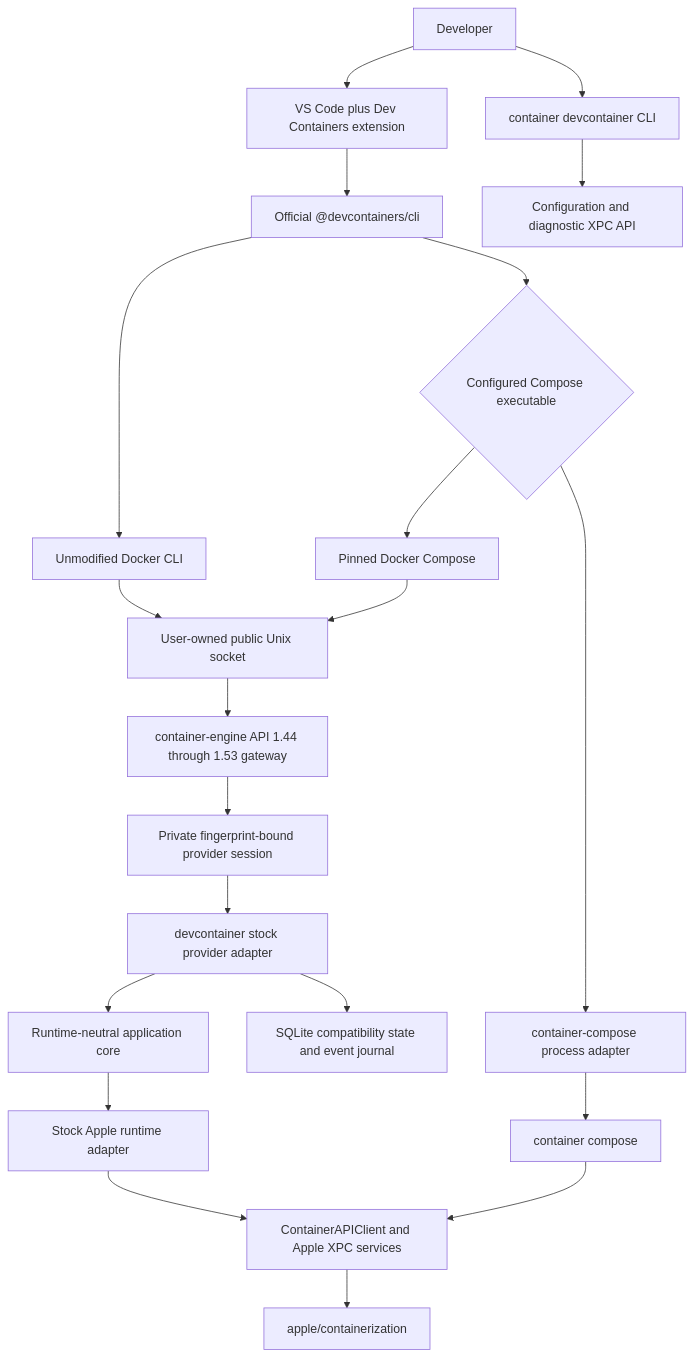
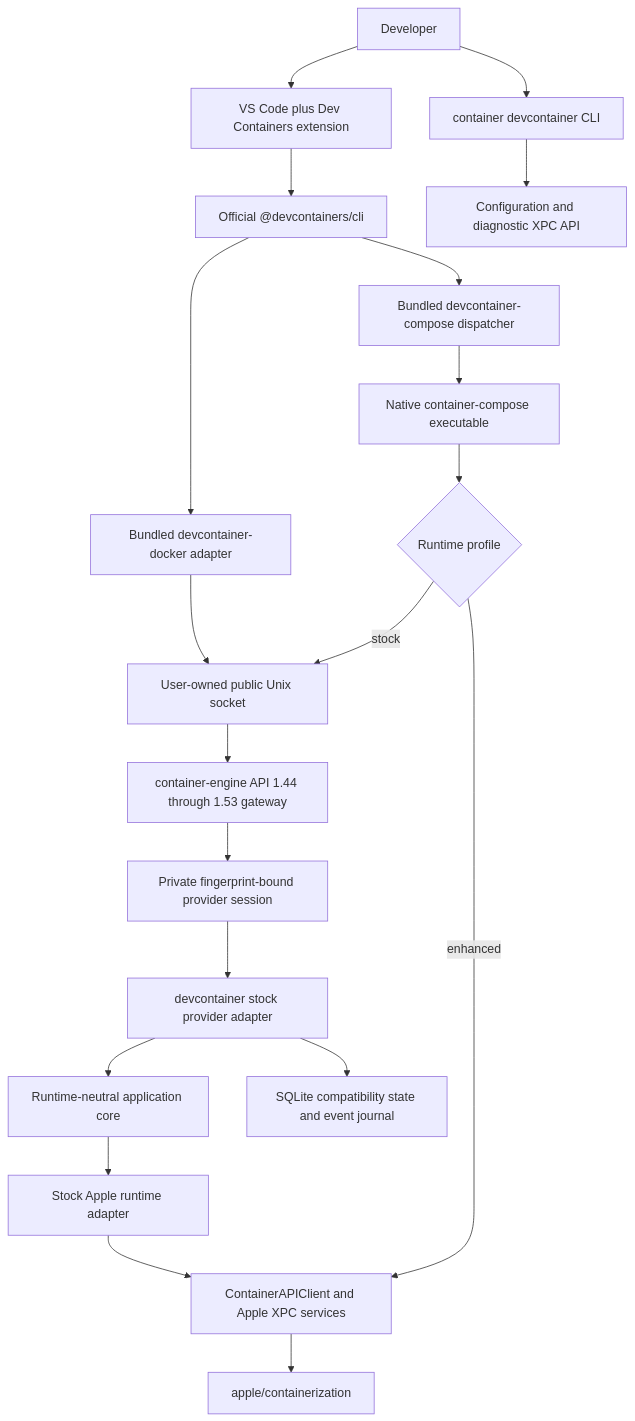
One commit to stephenlclarke/devcontainer changed the first of 6 diagrams in DESIGN.md. Above: the diagram before and after it, drawn with Mermaid. The commit also changed other lines of this file and 43 other files, not shown here.

Commit message:
feat(runtime): eliminate Docker product dependencies

````diff
--- a/DESIGN.md
+++ b/DESIGN.md
@@ -73,23 +74,22 @@
 ```mermaid
 flowchart TB
     Developer["Developer"] --> VSCode["VS Code plus Dev Containers extension"]
     Developer --> NativeCLI["container devcontainer CLI"]
     VSCode --> ReferenceCLI["Official @devcontainers/cli"]
     NativeCLI --> Control["Configuration and diagnostic XPC API"]
-    ReferenceCLI --> DockerCLI["Unmodified Docker CLI"]
-    ReferenceCLI --> ComposeSelector{"Configured Compose executable"}
-    DockerCLI --> Socket["User-owned public Unix socket"]
+    ReferenceCLI --> DockerAdapter["Bundled devcontainer-docker adapter"]
+    ReferenceCLI --> ComposeAdapter["Bundled devcontainer-compose dispatcher"]
+    DockerAdapter --> Socket["User-owned public Unix socket"]
     Socket --> Shared["container-engine API 1.44 through 1.53 gateway"]
     Shared --> Private["Private fingerprint-bound provider session"]
     Private --> Service["devcontainer stock provider adapter"]
     Service --> RuntimeCore["Runtime-neutral application core"]
     RuntimeCore --> AppleAdapter["Stock Apple runtime adapter"]
     AppleAdapter --> AppleAPI["ContainerAPIClient and Apple XPC services"]
     AppleAPI --> Containerization["apple/containerization"]
-    ComposeSelector --> DockerCompose["Pinned Docker Compose"]
-    DockerCompose --> Socket
-    ComposeSelector --> ComposeAdapter["container-compose process adapter"]
-    ComposeAdapter --> ContainerCompose["container compose"]
-    ContainerCompose --> AppleAPI
+    ComposeAdapter --> ContainerCompose["Native container-compose executable"]
+    ContainerCompose --> ComposeProfile{"Runtime profile"}
+    ComposeProfile -->|stock| Socket
+    ComposeProfile -->|enhanced| AppleAPI
     Service --> State["SQLite compatibility state and event journal"]
 ```
````
